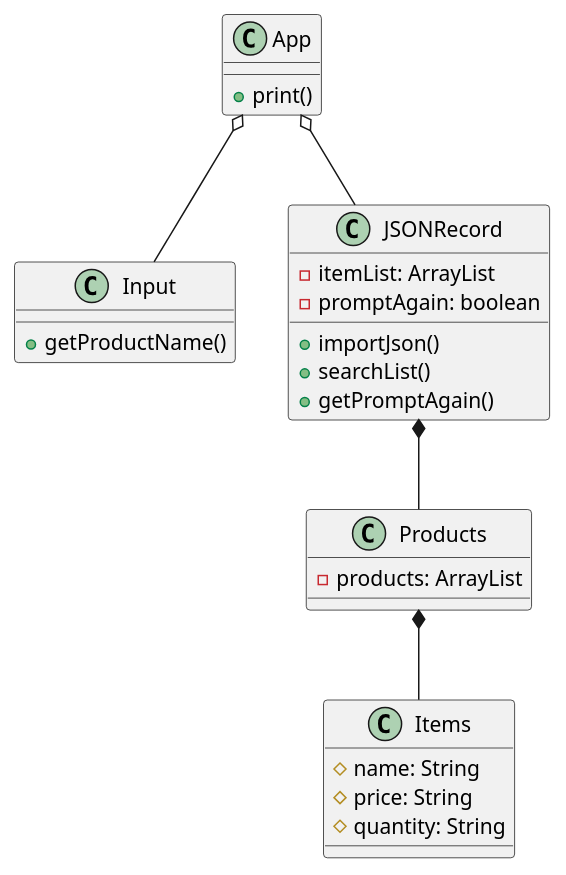
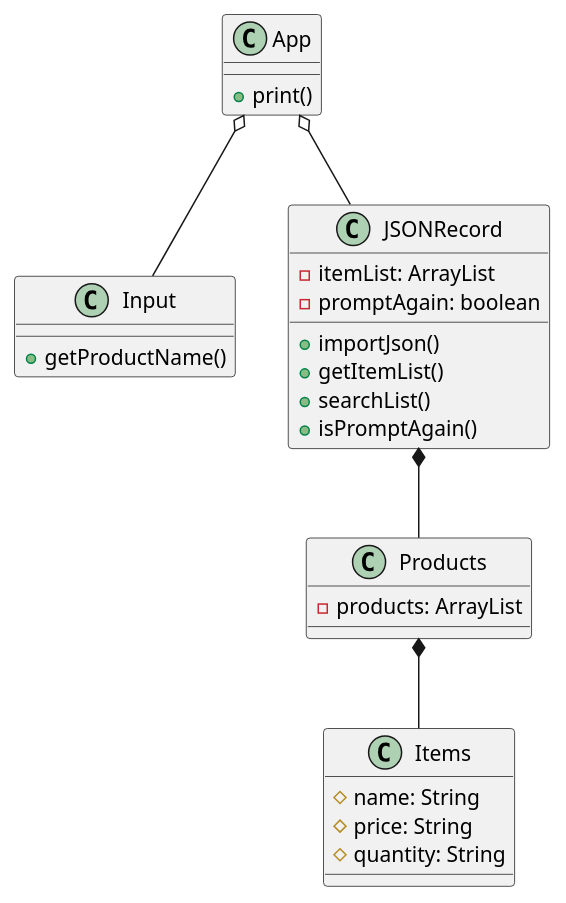
Before and after one commit to kingraham228/Ingraham-cop3330-assignment3: the diagram in src/main/java/ex44/ProductSearch.puml, drawn with PlantUML. The commit also changed 2 other files, not shown here.

Commit message:
Diagram review

```diff
--- a/src/main/java/ex44/ProductSearch.puml
+++ b/src/main/java/ex44/ProductSearch.puml
@@ -1,34 +1,35 @@
 @startuml
 class App{
 +print()
 }
 
 class Input{
 +getProductName()
 }
 
 class Products{
 -products: ArrayList
 
 }
 
 class Items{
 #name: String
 #price: String
 #quantity: String
 }
 
 class JSONRecord{
 -itemList: ArrayList
 -promptAgain: boolean
 +importJson()
++getItemList()
 +searchList()
-+getPromptAgain()
++isPromptAgain()
 }
 
 App o-- Input
 App o-- JSONRecord
 JSONRecord *-- Products
 Products *-- Items
 
 @enduml
```
